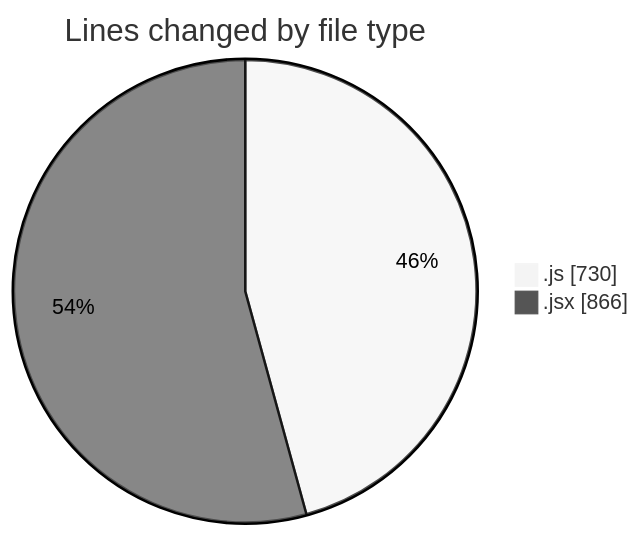
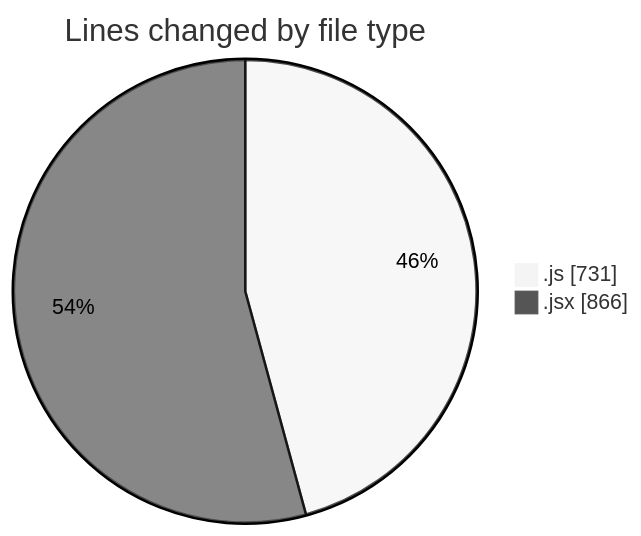
Before and after one commit to nxtqubesakshisongat/code-tracking: the first of 2 diagrams in 2025-08-29/nxtqube_webapp/README.md, drawn with Mermaid (neutral theme). The commit also changed other lines of this file and 1 other file, not shown here.

````diff
--- a/2025-08-29/nxtqube_webapp/README.md
+++ b/2025-08-29/nxtqube_webapp/README.md
@@ -22,6 +22,6 @@
 ```mermaid
 pie showData
 title Lines changed by file type
-".js" : 730
+".js" : 731
 ".jsx" : 866
 ```
````
